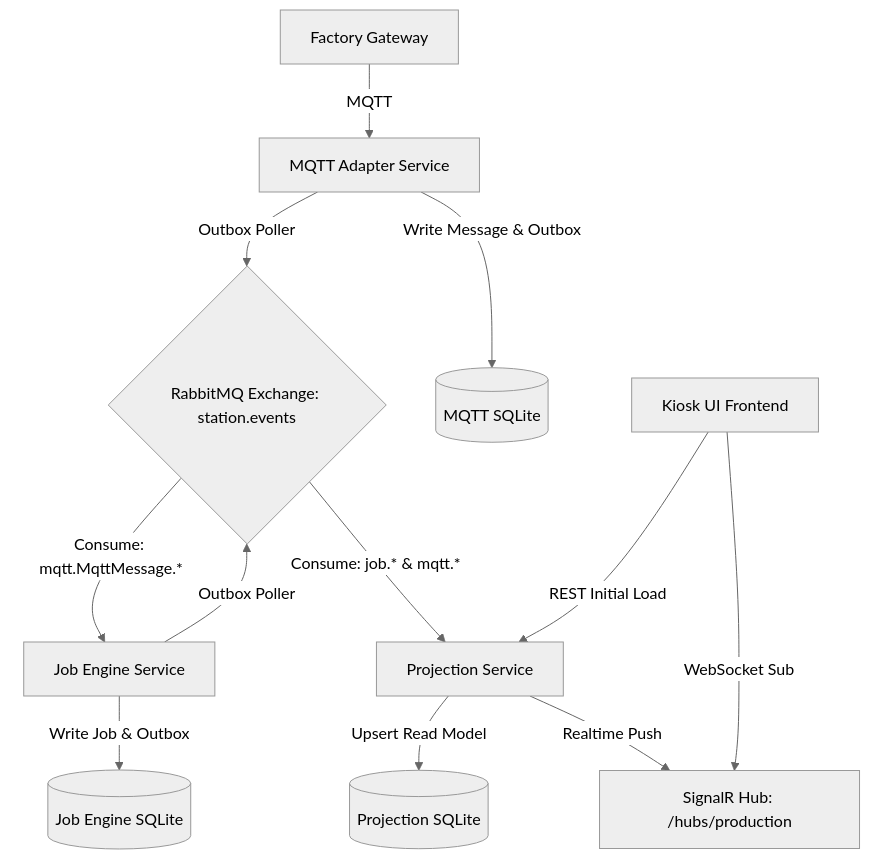
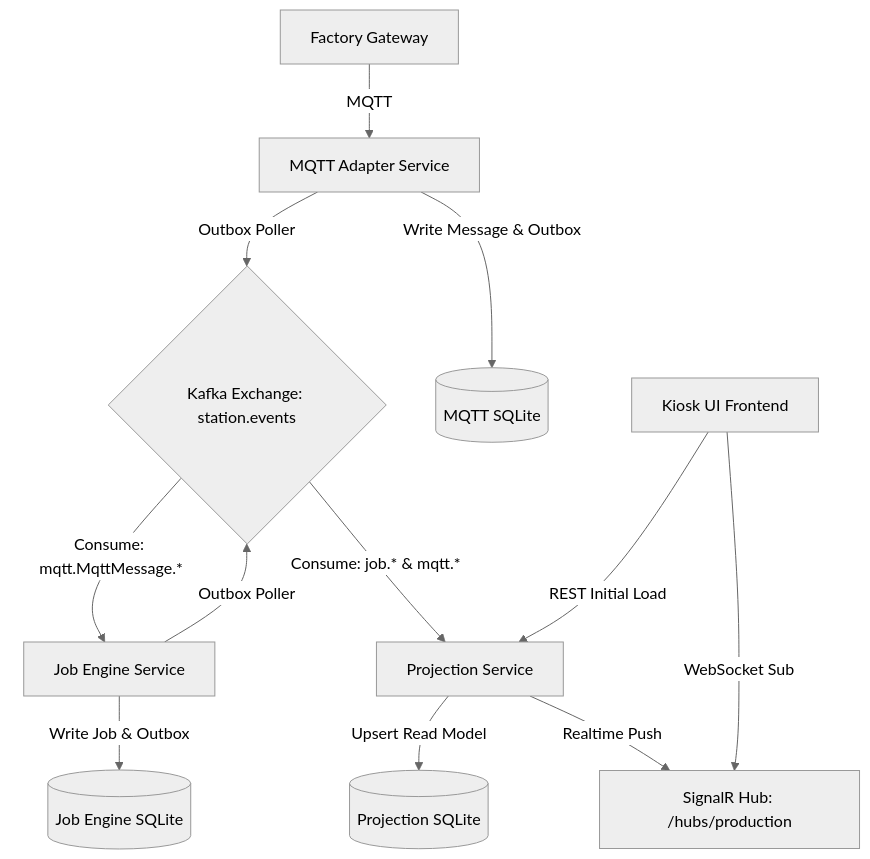
The diagram in print-marking/station-agent/ai-docs/architecture-overview.md (hoabui-dot/mes-ricoh-system), drawn with Mermaid (neutral theme) before and after one commit. The commit also changed other lines of this file and 192 other files, not shown here.

````diff
--- a/print-marking/station-agent/ai-docs/architecture-overview.md
+++ b/print-marking/station-agent/ai-docs/architecture-overview.md
@@ -7,35 +7,35 @@
 ```mermaid
 graph TD
     %% Services
     FG[Factory Gateway]
     MA[MQTT Adapter Service]
     JE[Job Engine Service]
     PS[Projection Service]
     KUI[Kiosk UI Frontend]
 
     %% Databases
     DB_MA[(MQTT SQLite)]
     DB_JE[(Job Engine SQLite)]
     DB_PS[(Projection SQLite)]
 
     %% Message Brokers / WebSockets
-    RMQ{RabbitMQ Exchange: station.events}
+    RMQ{Kafka Exchange: station.events}
     SR[SignalR Hub: /hubs/production]
 
     %% Connections
     FG -->|MQTT| MA
     MA -->|Write Message & Outbox| DB_MA
     MA -->|Outbox Poller| RMQ
     
     RMQ -->|Consume: mqtt.MqttMessage.*| JE
     RMQ -->|Consume: job.* & mqtt.*| PS
     
     JE -->|Write Job & Outbox| DB_JE
     JE -->|Outbox Poller| RMQ
     
     PS -->|Upsert Read Model| DB_PS
     PS -->|Realtime Push| SR
     
     KUI -->|WebSocket Sub| SR
     KUI -->|REST Initial Load| PS
 ```
````
